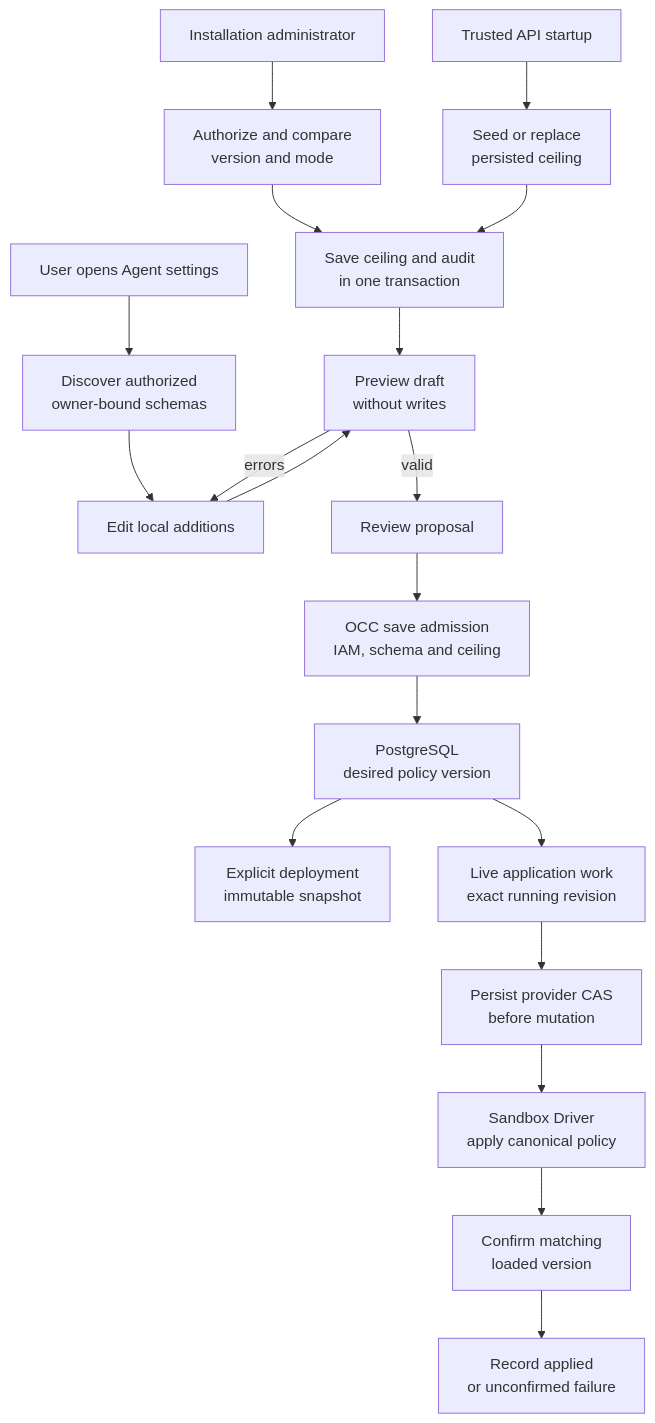
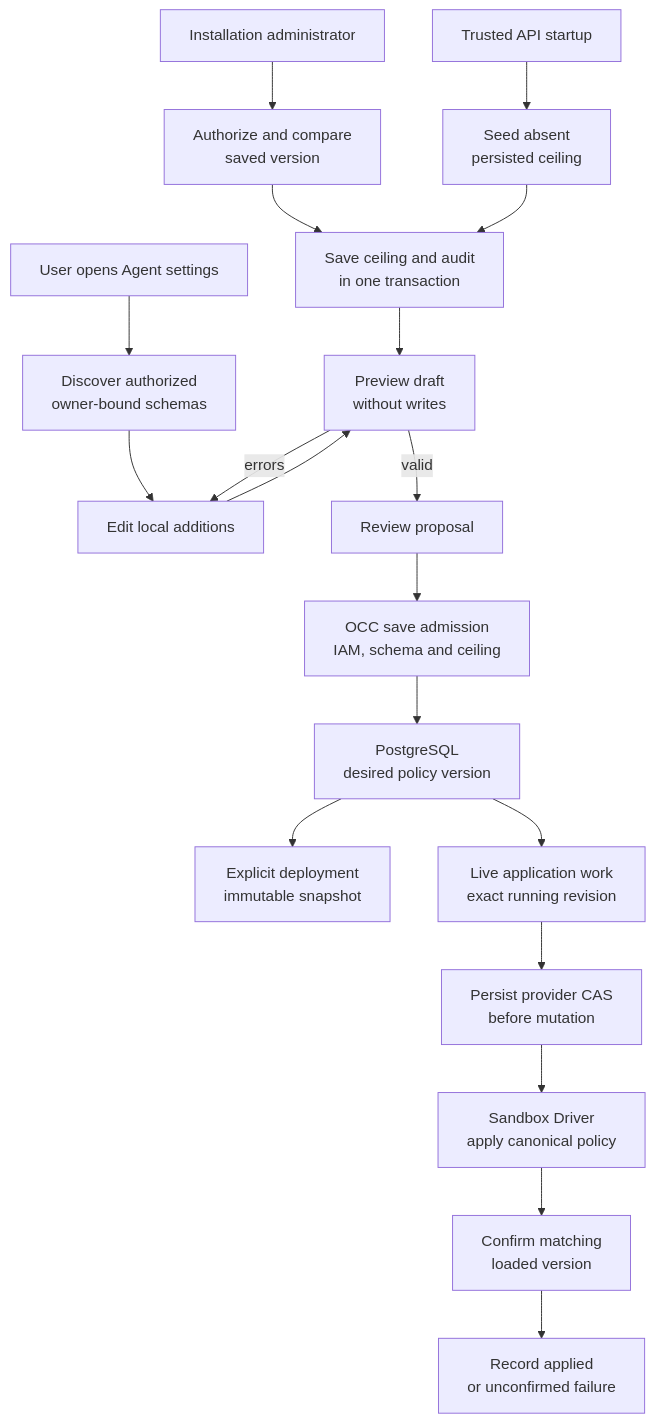
The diagram in docs/flows/agent-sandbox-policy.md (openclaw/openclaw-enterprise), drawn with Mermaid before and after one commit. The commit also changed other lines of this file and 38 other files, not shown here.

Commit message:
Remove startup overwrite authority from Installation ceiling

````diff
--- a/docs/flows/agent-sandbox-policy.md
+++ b/docs/flows/agent-sandbox-policy.md
@@ -24,21 +24,21 @@
 ```mermaid
 graph TD
-  Start["Trusted API startup"] --> Init["Seed or replace<br/>persisted ceiling"]
-  Admin["Installation administrator"] --> Edit["Authorize and compare<br/>version and mode"]
+  Start["Trusted API startup"] --> Init["Seed absent<br/>persisted ceiling"]
+  Admin["Installation administrator"] --> Edit["Authorize and compare<br/>saved version"]
   Edit --> Limits["Save ceiling and audit<br/>in one transaction"]
   Init --> Limits
   Limits --> Preview
   U["User opens Agent settings"] --> Cfg["Discover authorized<br/>owner-bound schemas"]
   Cfg --> Draft["Edit local additions"]
   Draft --> Preview["Preview draft<br/>without writes"]
   Preview -->|errors| Draft
   Preview -->|valid| U2["Review proposal"]
   U2 --> A["OCC save admission<br/>IAM, schema and ceiling"]
   A --> P["PostgreSQL<br/>desired policy version"]
   P --> D["Explicit deployment<br/>immutable snapshot"]
   P --> W["Live application work<br/>exact running revision"]
   W --> C["Persist provider CAS<br/>before mutation"]
   C --> S["Sandbox Driver<br/>apply canonical policy"]
   S --> V["Confirm matching<br/>loaded version"]
   V --> R["Record applied<br/>or unconfirmed failure"]
 ```
````
